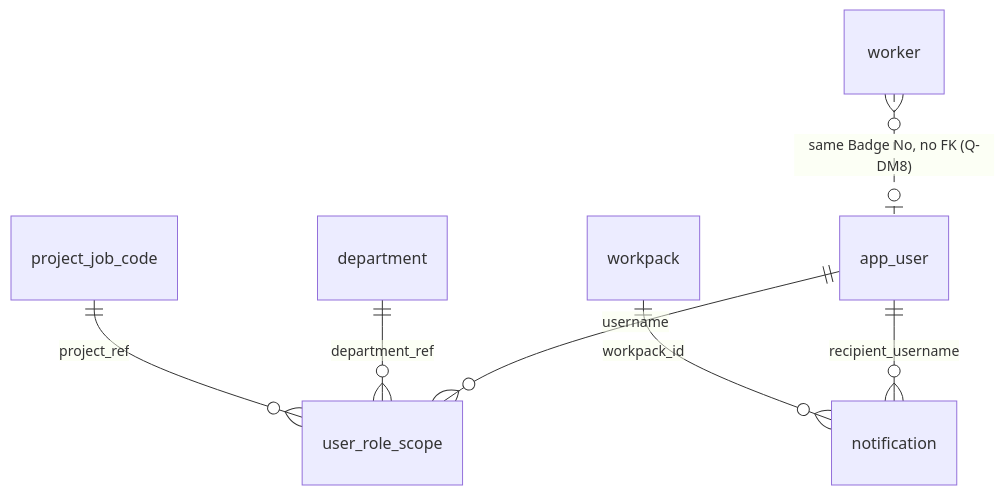
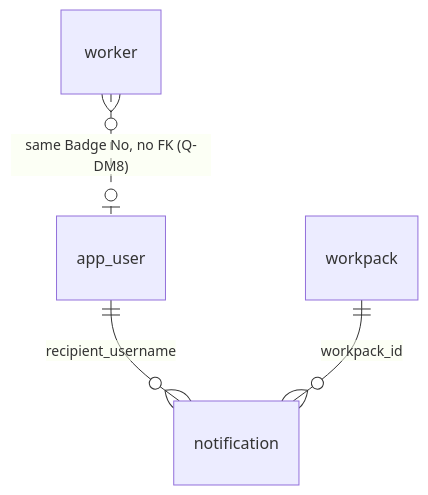
Before and after one commit to Low-Code-Solutions/star-bpa-poc: the fourth of 4 diagrams in docs/data-model.md, drawn with Mermaid. The commit also changed other lines of this file and 5 other files, not shown here.

````diff
--- a/docs/data-model.md
+++ b/docs/data-model.md
@@ -270,9 +281,6 @@
 ```mermaid
 erDiagram
-    app_user ||--o{ user_role_scope : "username"
     app_user ||--o{ notification : "recipient_username"
-    department ||--o{ user_role_scope : "department_ref"
-    project_job_code ||--o{ user_role_scope : "project_ref"
     workpack ||--o{ notification : "workpack_id"
     worker }o..o| app_user : "same Badge No, no FK (Q-DM8)"
 ```
````
